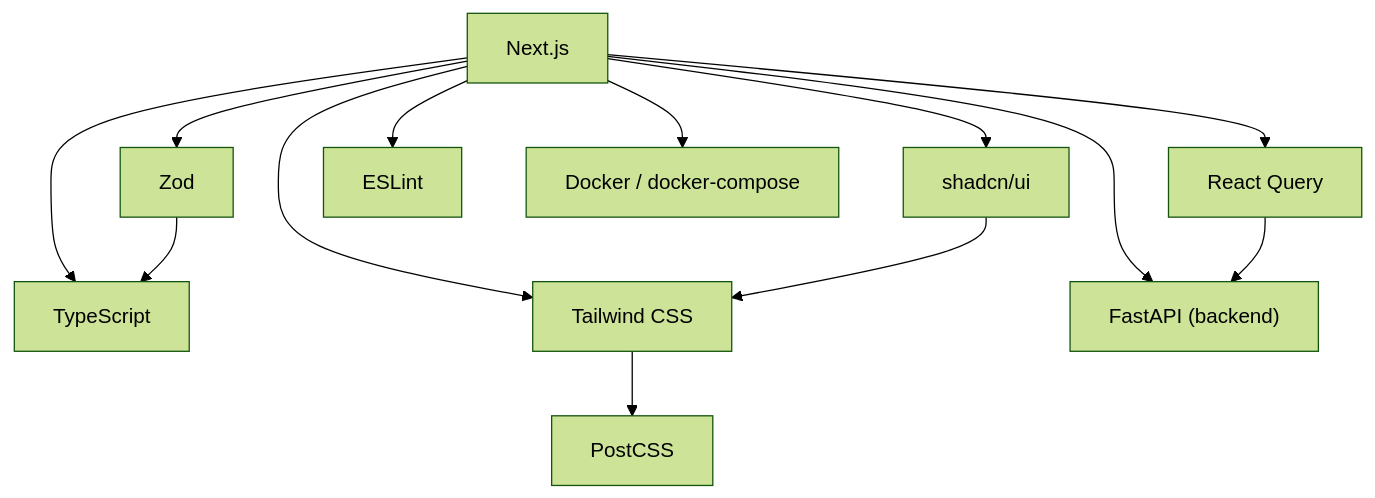
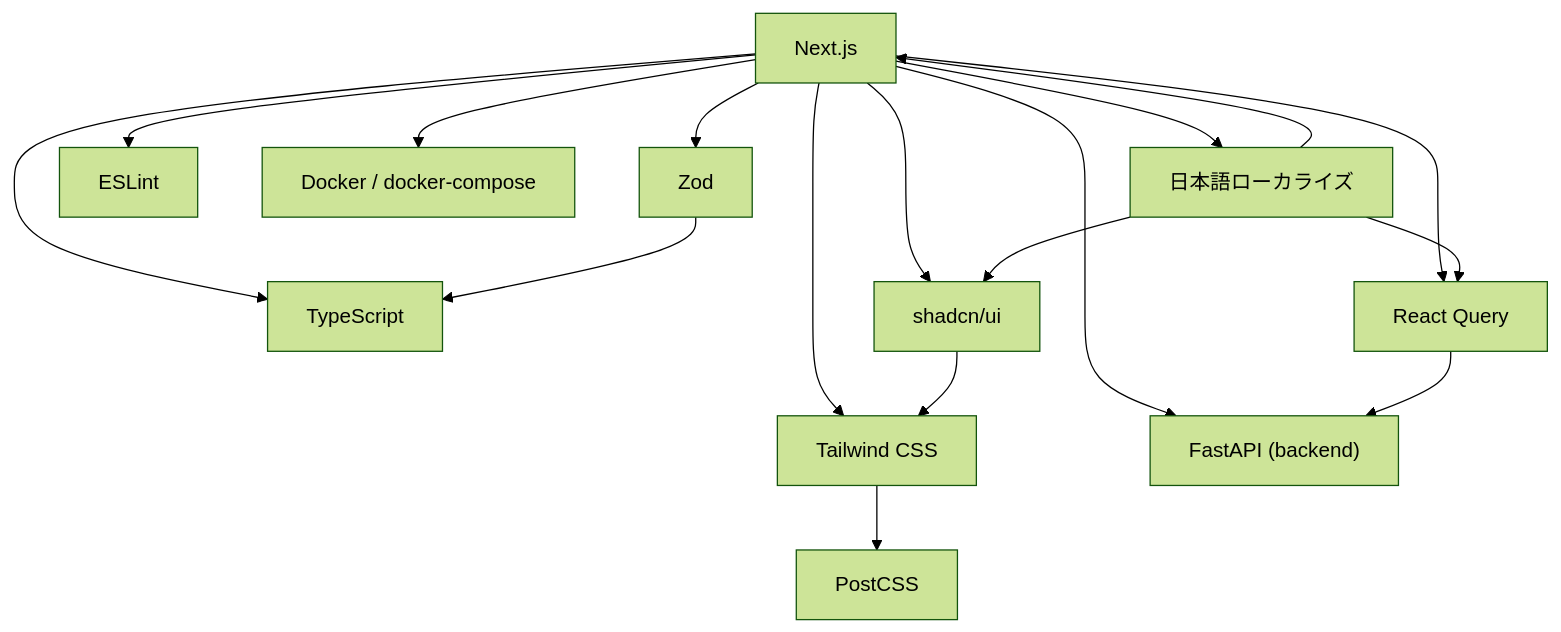
Before and after one commit to ss8806/Todos: diagram 13 of 13 in .qoder/repowiki/ja/content/フロントエンド開発.md, drawn with Mermaid (forest theme). The commit also changed other lines of this file and 5 other files, not shown here.

````diff
--- a/.qoder/repowiki/ja/content/フロントエンド開発.md
+++ b/.qoder/repowiki/ja/content/フロントエンド開発.md
@@ -505,25 +613,30 @@
 ```mermaid
 graph TB
 NEXT["Next.js"]
 TS["TypeScript"]
 TW["Tailwind CSS"]
 REACTQUERY["React Query"]
 SHADCN["shadcn/ui"]
 ZOD["Zod"]
 POST["PostCSS"]
 ESL["ESLint"]
 DK["Docker / docker-compose"]
 FASTAPI["FastAPI (backend)"]
+JA["日本語ローカライズ"]
 NEXT --> TS
 NEXT --> TW
 NEXT --> REACTQUERY
 NEXT --> SHADCN
 NEXT --> ZOD
 TW --> POST
 NEXT --> ESL
 NEXT --> DK
 NEXT --> FASTAPI
+NEXT --> JA
 REACTQUERY --> FASTAPI
 SHADCN --> TW
 ZOD --> TS
+JA --> NEXT
+JA --> SHADCN
+JA --> REACTQUERY
 ```
````
